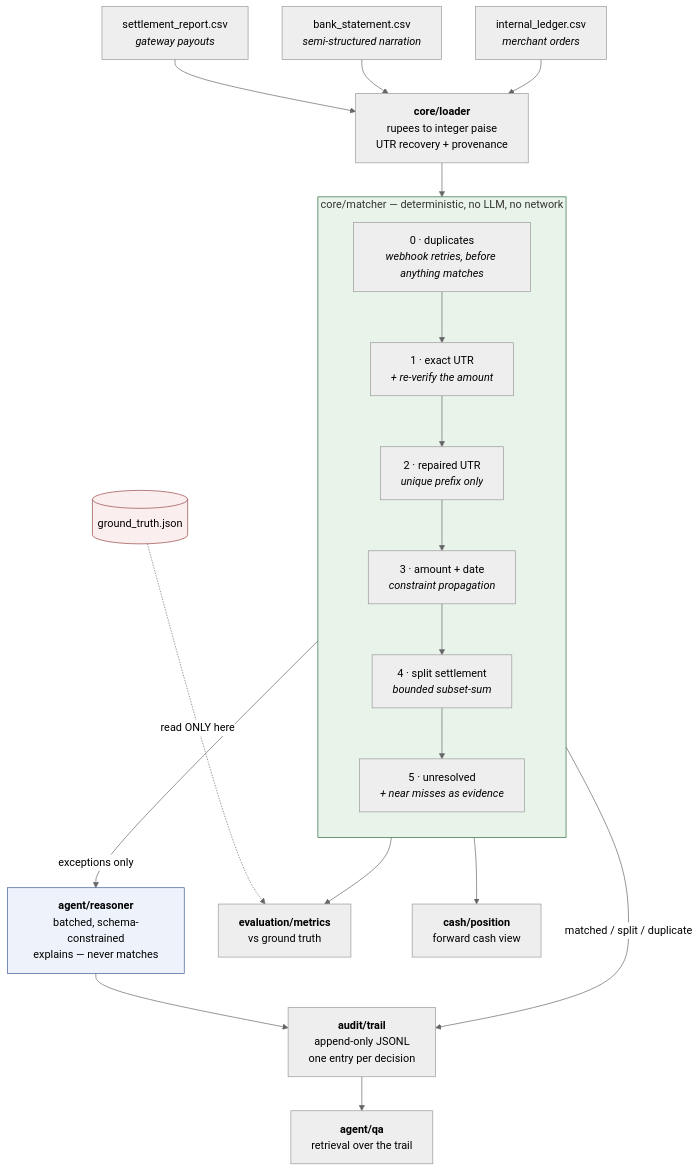
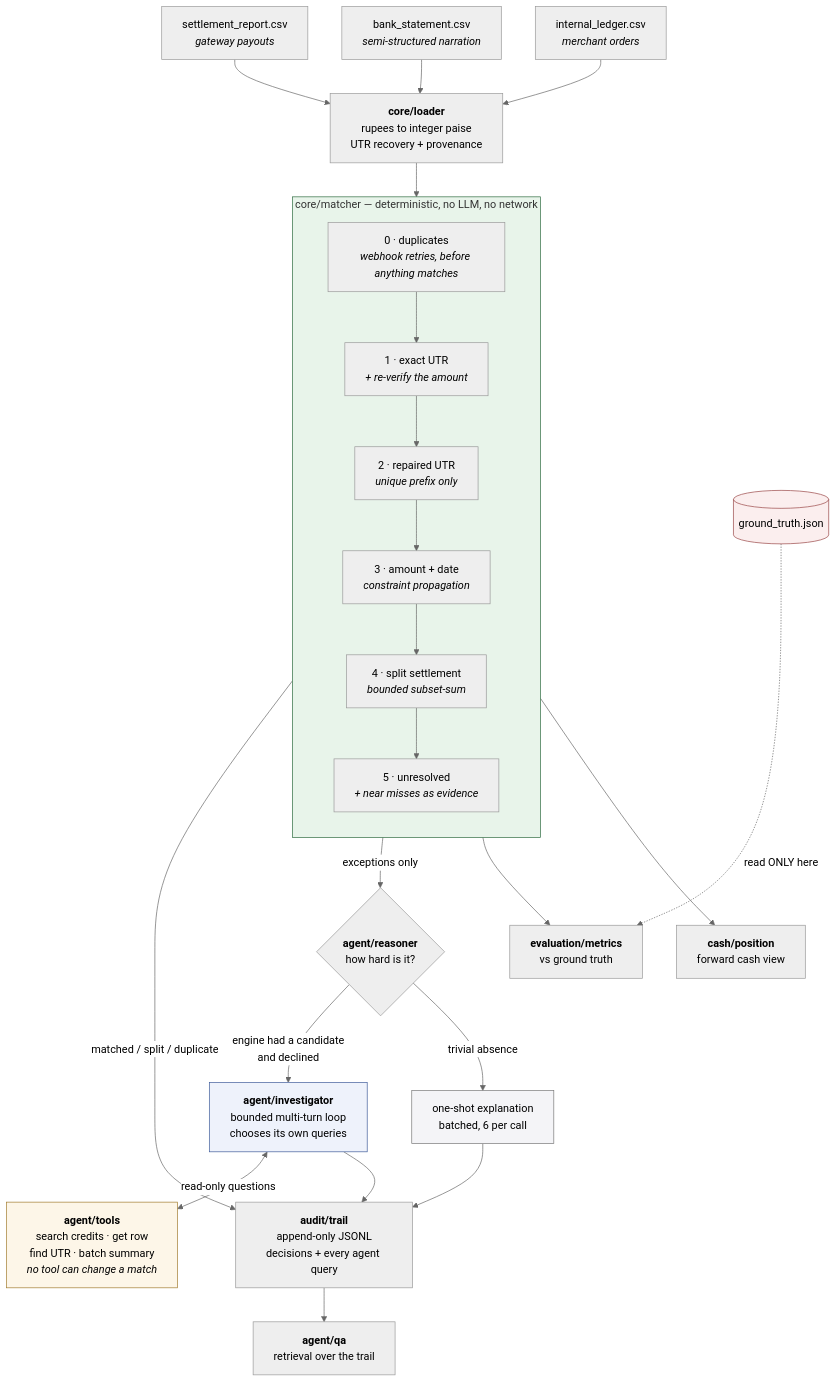
One commit to BaconKage/ReconAgent changed the diagram in README.md. Above: the diagram before and after it, drawn with Mermaid (neutral theme). The commit also changed other lines of this file and 8 other files, not shown here.

````diff
--- a/README.md
+++ b/README.md
@@ -96,35 +96,44 @@
 ```mermaid
 flowchart TB
     S["settlement_report.csv<br/><i>gateway payouts</i>"]
     B["bank_statement.csv<br/><i>semi-structured narration</i>"]
     L["internal_ledger.csv<br/><i>merchant orders</i>"]
 
     S & B & L --> LOAD["<b>core/loader</b><br/>rupees to integer paise<br/>UTR recovery + provenance"]
 
     LOAD --> ENGINE
 
     subgraph ENGINE["core/matcher — deterministic, no LLM, no network"]
         direction TB
         T0["0 · duplicates<br/><i>webhook retries, before anything matches</i>"]
         T1["1 · exact UTR<br/><i>+ re-verify the amount</i>"]
         T2["2 · repaired UTR<br/><i>unique prefix only</i>"]
         T3["3 · amount + date<br/><i>constraint propagation</i>"]
         T4["4 · split settlement<br/><i>bounded subset-sum</i>"]
         T5["5 · unresolved<br/><i>+ near misses as evidence</i>"]
         T0 --> T1 --> T2 --> T3 --> T4 --> T5
     end
 
     ENGINE -->|matched / split / duplicate| TRAIL
-    ENGINE -->|exceptions only| REASON["<b>agent/reasoner</b><br/>batched, schema-constrained<br/>explains — never matches"]
-    REASON --> TRAIL["<b>audit/trail</b><br/>append-only JSONL<br/>one entry per decision"]
+    ENGINE -->|exceptions only| ROUTE{"<b>agent/reasoner</b><br/>how hard is it?"}
+
+    ROUTE -->|"engine had a candidate<br/>and declined"| DEEP["<b>agent/investigator</b><br/>bounded multi-turn loop<br/>chooses its own queries"]
+    ROUTE -->|"trivial absence"| SHALLOW["one-shot explanation<br/>batched, 6 per call"]
+
+    DEEP <-->|"read-only questions"| TOOLS["<b>agent/tools</b><br/>search credits · get row<br/>find UTR · batch summary<br/><i>no tool can change a match</i>"]
+
+    DEEP --> TRAIL["<b>audit/trail</b><br/>append-only JSONL<br/>decisions + every agent query"]
+    SHALLOW --> TRAIL
 
     TRAIL --> QA["<b>agent/qa</b><br/>retrieval over the trail"]
     ENGINE --> EVAL["<b>evaluation/metrics</b><br/>vs ground truth"]
     ENGINE --> CASH["<b>cash/position</b><br/>forward cash view"]
 
     GT[("ground_truth.json")] -.->|"read ONLY here"| EVAL
 
     style ENGINE fill:#e8f4ea,stroke:#2d6a3e
-    style REASON fill:#eef2fb,stroke:#3d5a99
+    style DEEP fill:#eef2fb,stroke:#3d5a99
+    style SHALLOW fill:#f4f4f7,stroke:#777
+    style TOOLS fill:#fdf6e8,stroke:#a07a2c
     style GT fill:#fbeeee,stroke:#994444
 ```
````
